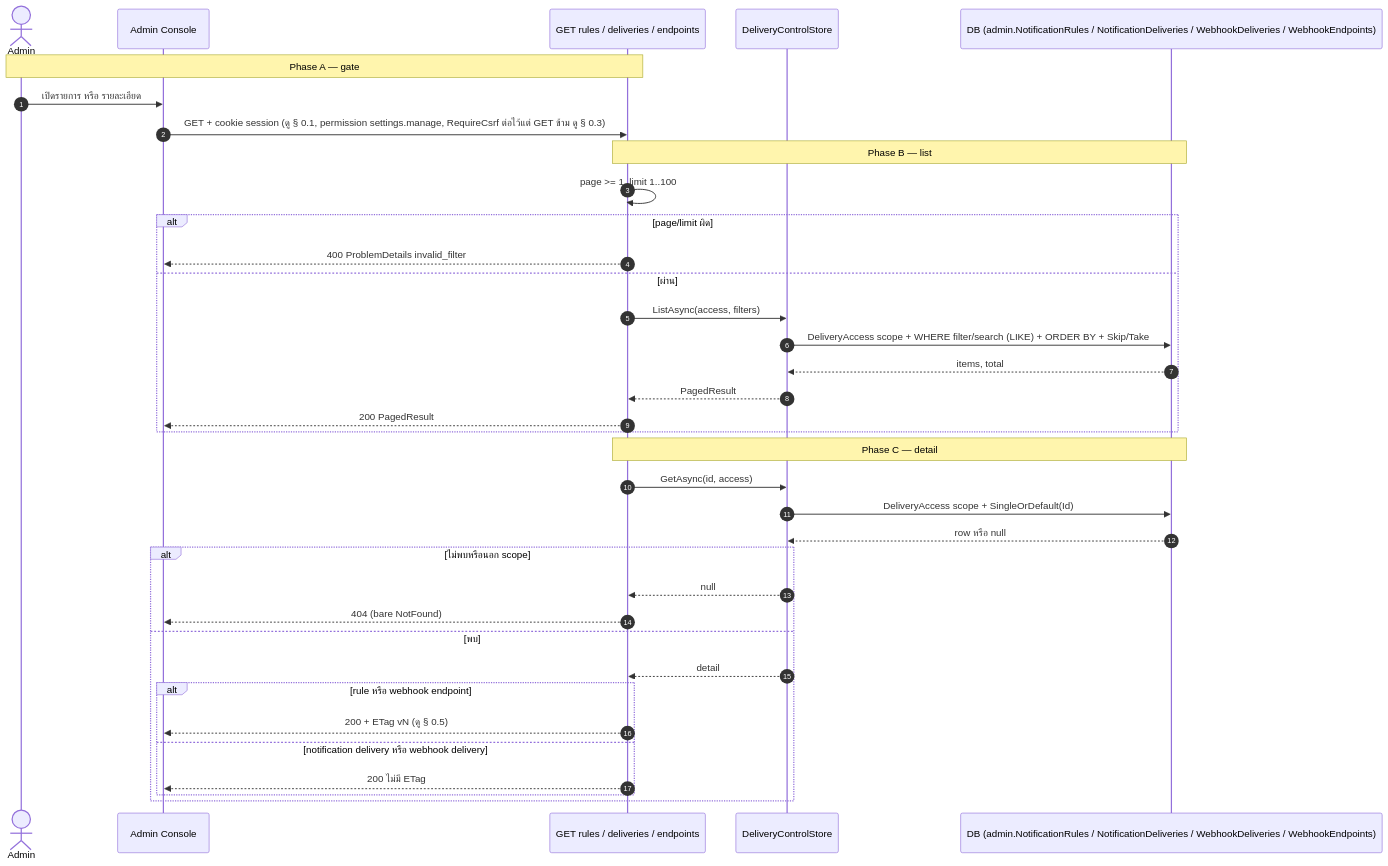
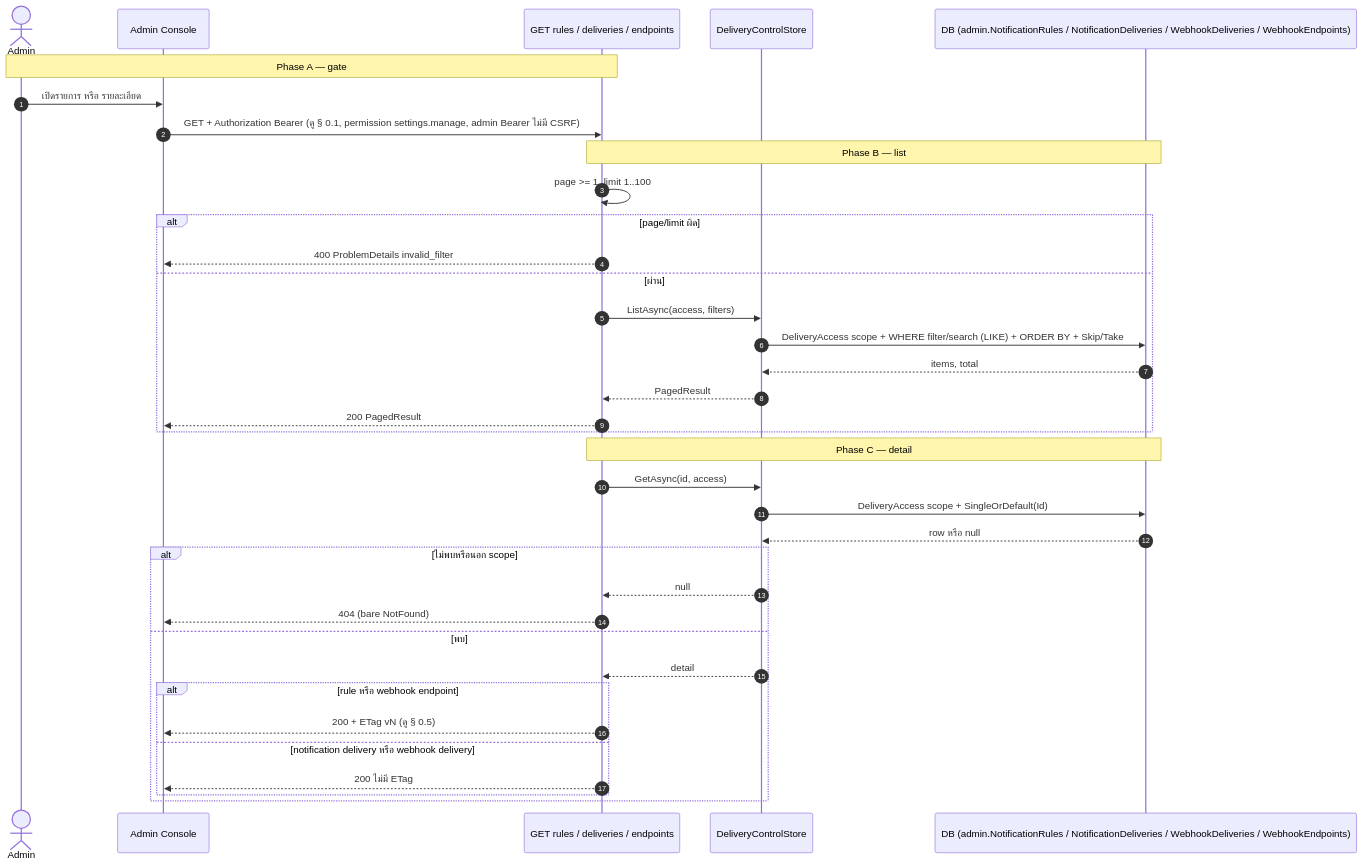
Before and after one commit to metrodiesign/pol-core: the first of 9 diagrams in outputs/diagrams/2026-09-14_api-endpoints_v1/13-notifications-outbound-webhooks.sequences.md, drawn with Mermaid. The commit also changed 42 other files, not shown here.

First line of the commit message:
docs: align reference docs and the API diagram set with the Bearer-only admin plane

````diff
--- a/outputs/diagrams/2026-09-14_api-endpoints_v1/13-notifications-outbound-webhooks.sequences.md
+++ b/outputs/diagrams/2026-09-14_api-endpoints_v1/13-notifications-outbound-webhooks.sequences.md
@@ -25,39 +25,39 @@
 ```mermaid
 sequenceDiagram
     autonumber
     actor A as Admin
     participant SPA as Admin Console
     participant API as GET rules / deliveries / endpoints
     participant ST as DeliveryControlStore
     participant DB as DB (admin.NotificationRules / NotificationDeliveries / WebhookDeliveries / WebhookEndpoints)
 
     Note over A,API: Phase A — gate
     A->>SPA: เปิดรายการ หรือ รายละเอียด
-    SPA->>API: GET + cookie session (ดู § 0.1, permission settings.manage, RequireCsrf ต่อไว้แต่ GET ข้าม ดู § 0.3)
+    SPA->>API: GET + Authorization Bearer (ดู § 0.1, permission settings.manage, admin Bearer ไม่มี CSRF)
     Note over API,DB: Phase B — list
     API->>API: page >= 1, limit 1..100
     alt page/limit ผิด
         API-->>SPA: 400 ProblemDetails invalid_filter
     else ผ่าน
         API->>ST: ListAsync(access, filters)
         ST->>DB: DeliveryAccess scope + WHERE filter/search (LIKE) + ORDER BY + Skip/Take
         DB-->>ST: items, total
         ST-->>API: PagedResult
         API-->>SPA: 200 PagedResult
     end
     Note over API,DB: Phase C — detail
     API->>ST: GetAsync(id, access)
     ST->>DB: DeliveryAccess scope + SingleOrDefault(Id)
     DB-->>ST: row หรือ null
     alt ไม่พบหรือนอก scope
         ST-->>API: null
         API-->>SPA: 404 (bare NotFound)
     else พบ
         ST-->>API: detail
         alt rule หรือ webhook endpoint
             API-->>SPA: 200 + ETag vN (ดู § 0.5)
         else notification delivery หรือ webhook delivery
             API-->>SPA: 200 ไม่มี ETag
         end
     end
 ```
````
